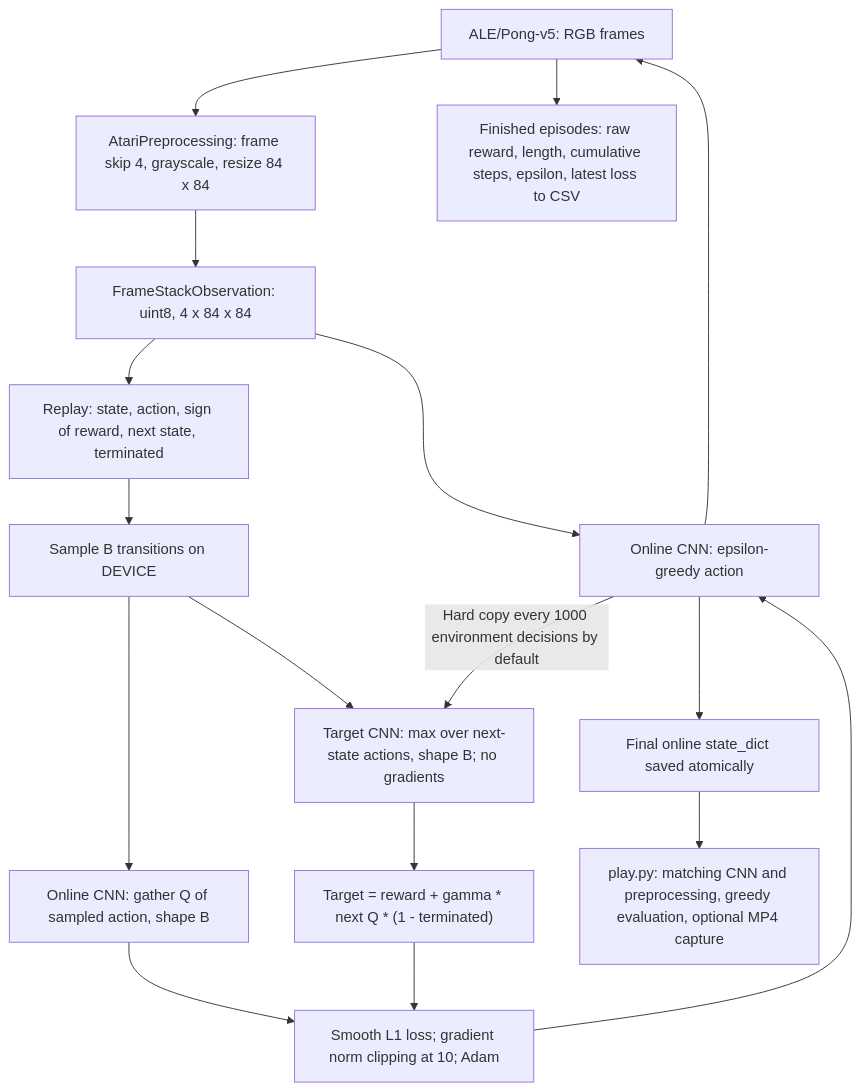
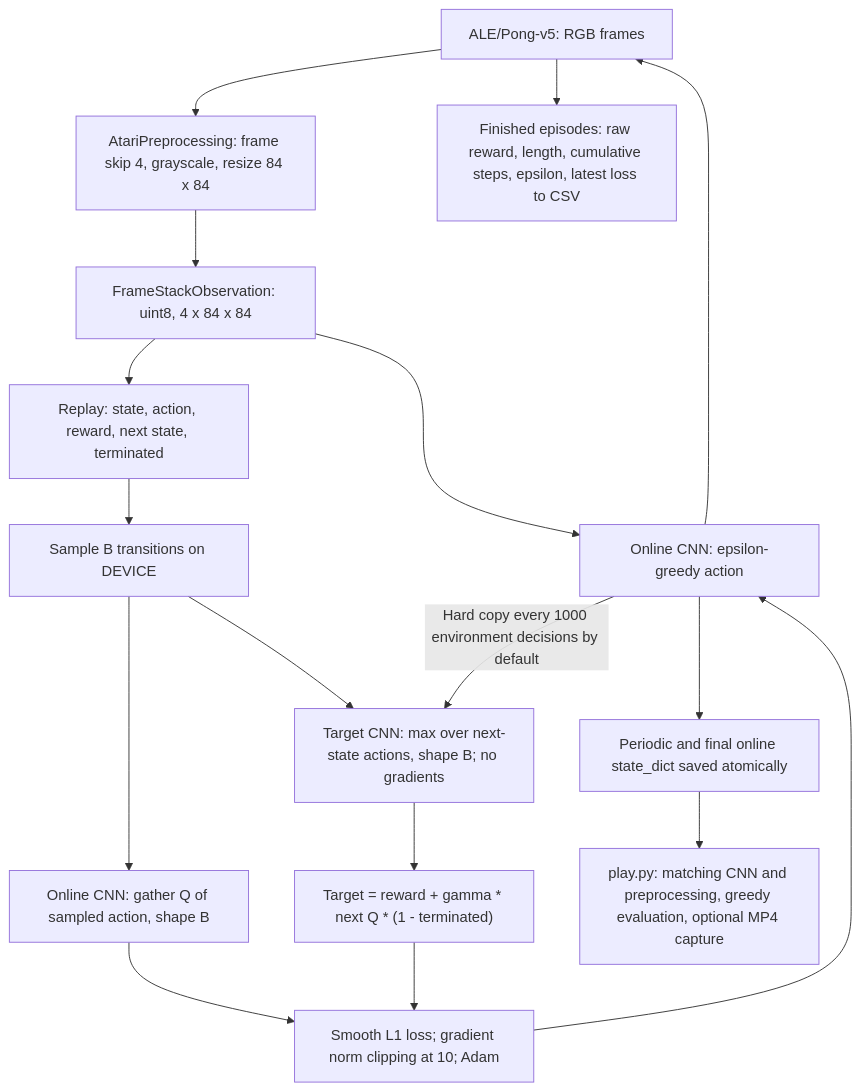
The first of 2 diagrams in docs/Samuel_architecture.md (Ebi-Tech/Deep-Q-Learning), drawn with Mermaid before and after one commit. The commit also changed other lines of this file and 95 other files, not shown here.

````diff
--- a/docs/Samuel_architecture.md
+++ b/docs/Samuel_architecture.md
@@ -10,19 +10,19 @@
 ```mermaid
 flowchart TD
     pong["ALE/Pong-v5: RGB frames"] --> preprocess["AtariPreprocessing: frame skip 4, grayscale, resize 84 x 84"]
     preprocess --> stack["FrameStackObservation: uint8, 4 x 84 x 84"]
     stack --> policy["Online CNN: epsilon-greedy action"]
     policy --> pong
-    stack --> replay["Replay: state, action, sign of reward, next state, terminated"]
+    stack --> replay["Replay: state, action, reward, next state, terminated"]
     replay --> batch["Sample B transitions on DEVICE"]
     batch --> online["Online CNN: gather Q of sampled action, shape B"]
     batch --> target["Target CNN: max over next-state actions, shape B; no gradients"]
     target --> bellman["Target = reward + gamma * next Q * (1 - terminated)"]
     online --> loss["Smooth L1 loss; gradient norm clipping at 10; Adam"]
     bellman --> loss
     loss --> policy
     policy -->|"Hard copy every 1000 environment decisions by default"| target
     pong --> logger["Finished episodes: raw reward, length, cumulative steps, epsilon, latest loss to CSV"]
-    policy --> save["Final online state_dict saved atomically"]
+    policy --> save["Periodic and final online state_dict saved atomically"]
     save --> play["play.py: matching CNN and preprocessing, greedy evaluation, optional MP4 capture"]
 ```
````
